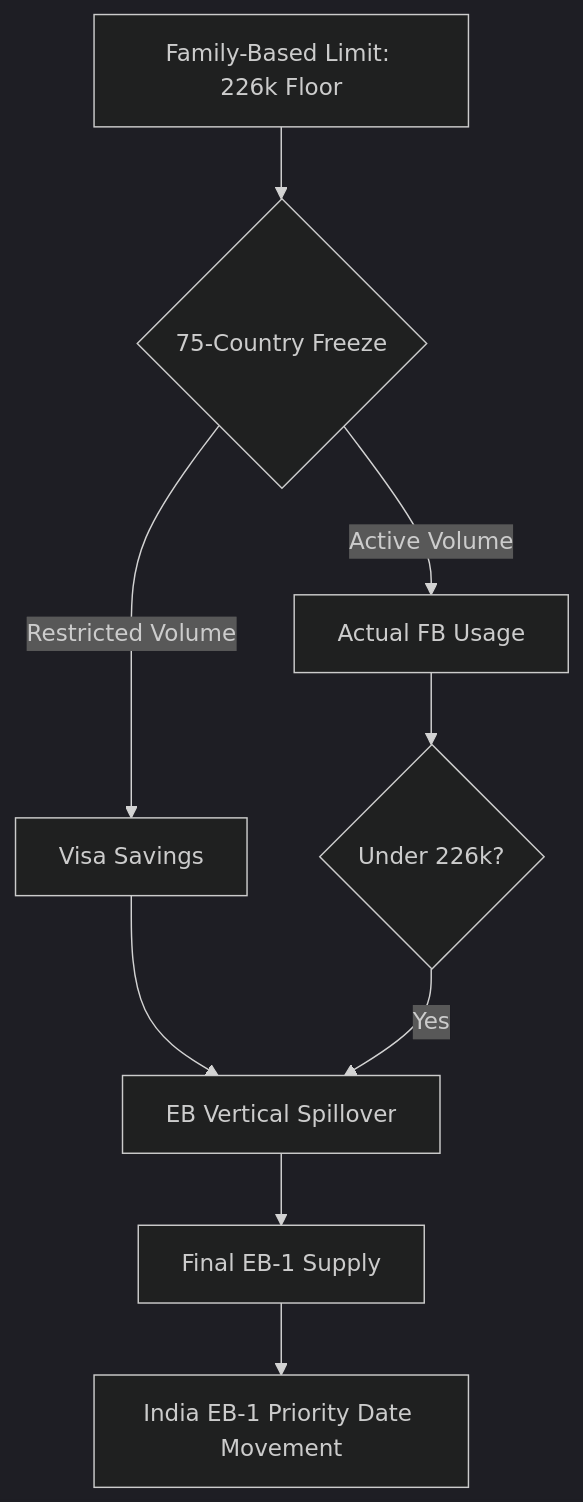
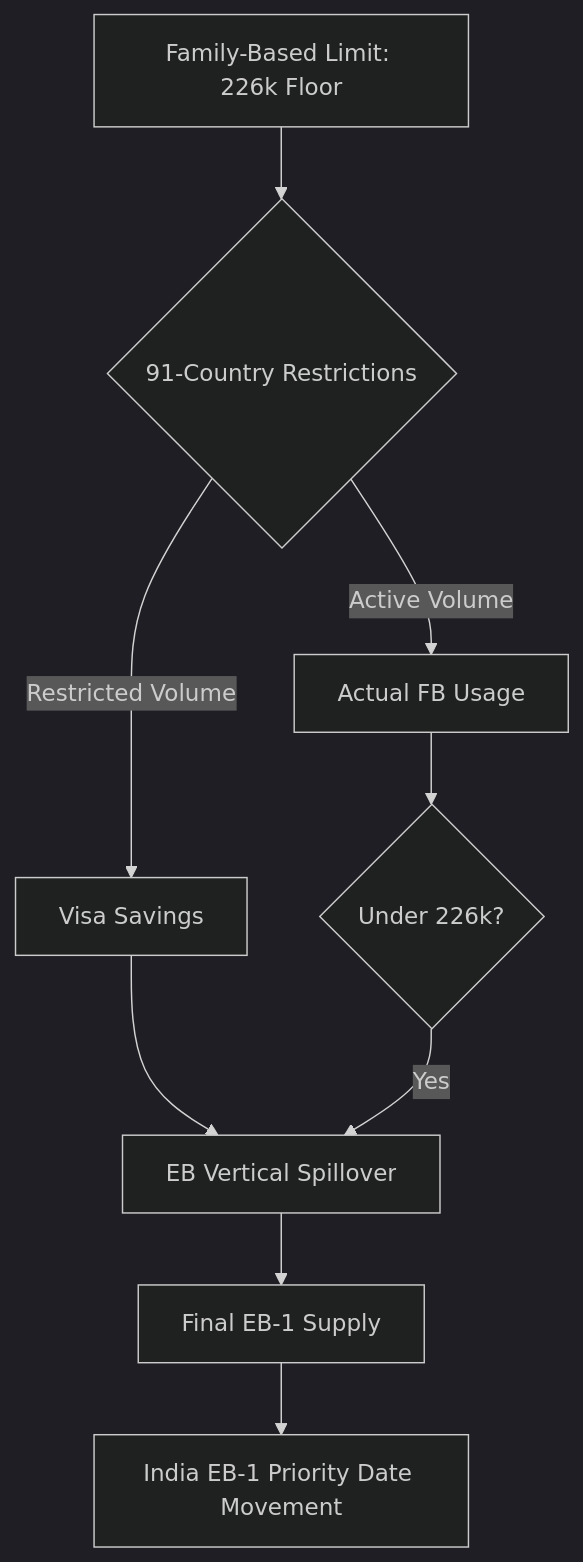
One commit to omairqazi29/visualizer changed the diagram in README.md. Above: the diagram before and after it, drawn with Mermaid (dark theme). The commit also changed other lines of this file and 19 other files, not shown here.

````diff
--- a/README.md
+++ b/README.md
@@ -18,11 +19,11 @@
 ```mermaid
 graph TD
-    A[Family-Based Limit: 226k Floor] --> B{75-Country Freeze}
+    A[Family-Based Limit: 226k Floor] --> B{91-Country Restrictions}
     B -->|Restricted Volume| C[Visa Savings]
     B -->|Active Volume| D[Actual FB Usage]
     C --> E[EB Vertical Spillover]
     D --> F{Under 226k?}
     F -->|Yes| E
     E --> G[Final EB-1 Supply]
     G --> H[India EB-1 Priority Date Movement]
 ```
````
